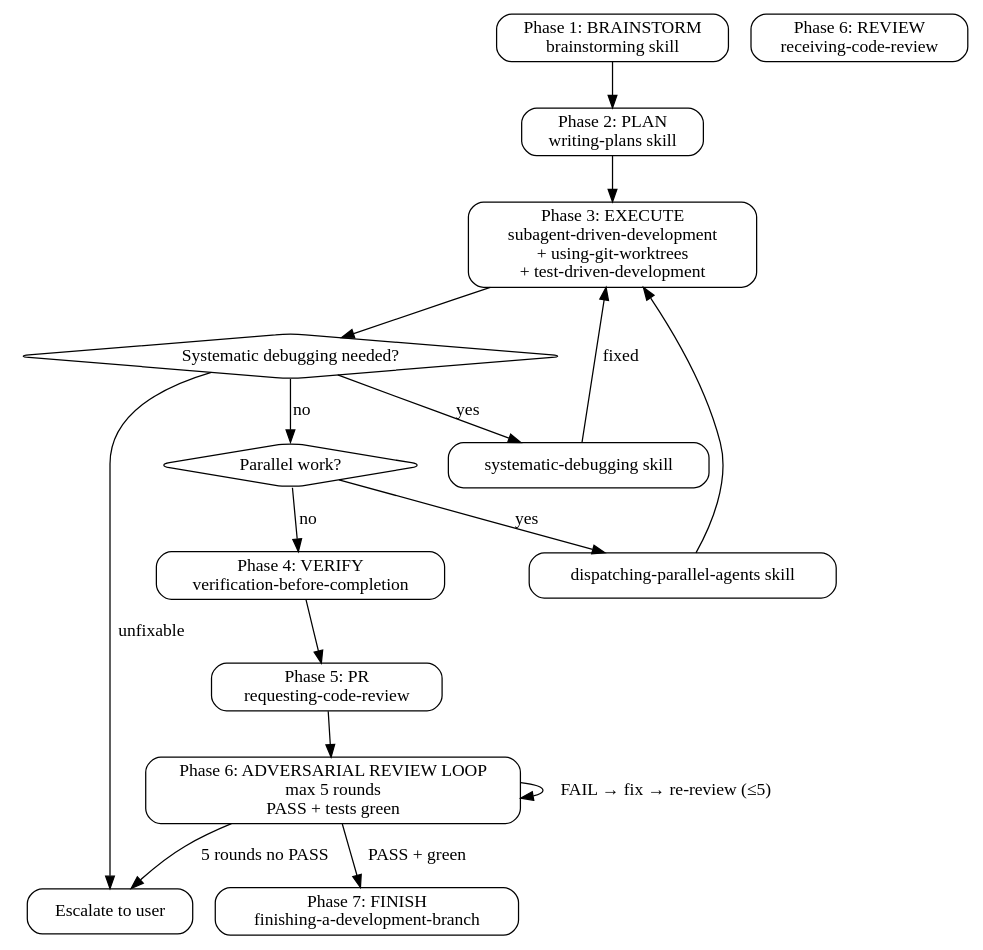
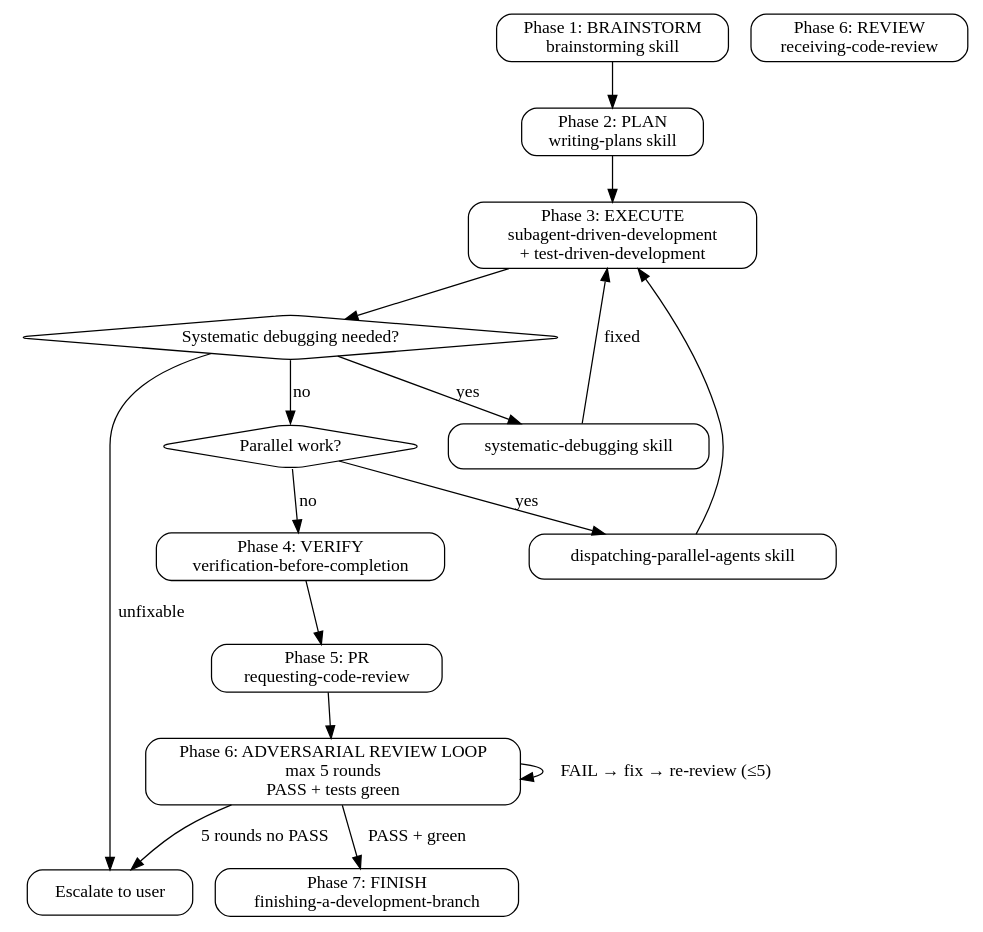
The diagram in opencode/skills/oneshot/SKILL.md (DennisLoska/more-dots), drawn with Graphviz before and after one commit. The commit also changed other lines of this file and 1 other file, not shown here.

Commit message:
backup: opencode 2026-09-27 20:22:19

````diff
--- a/opencode/skills/oneshot/SKILL.md
+++ b/opencode/skills/oneshot/SKILL.md
@@ -20,36 +20,36 @@
 ```dot
 digraph oneshot {
     rankdir=TB;
     node [shape=box, style=rounded];
 
     "Phase 1: BRAINSTORM\nbrainstorming skill" [fillcolor=lightblue];
     "Phase 2: PLAN\nwriting-plans skill" [fillcolor=lightblue];
-    "Phase 3: EXECUTE\nsubagent-driven-development\n+ using-git-worktrees\n+ test-driven-development" [fillcolor=lightgreen];
+    "Phase 3: EXECUTE\nsubagent-driven-development\n+ test-driven-development" [fillcolor=lightgreen];
     "Phase 4: VERIFY\nverification-before-completion" [fillcolor=lightyellow];
     "Phase 5: PR\nrequesting-code-review" [fillcolor=lightsalmon];
     "Phase 6: REVIEW\nreceiving-code-review" [fillcolor=lightsalmon];
     "Phase 7: FINISH\nfinishing-a-development-branch" [fillcolor=lightblue];
 
     "Systematic debugging needed?" [shape=diamond];
     "systematic-debugging skill" [fillcolor=orange];
     "Parallel work?" [shape=diamond];
     "dispatching-parallel-agents skill" [fillcolor=orange];
     "Escalate to user" [shape=box, fillcolor=red];
 
     "Phase 1: BRAINSTORM\nbrainstorming skill" -> "Phase 2: PLAN\nwriting-plans skill";
-    "Phase 2: PLAN\nwriting-plans skill" -> "Phase 3: EXECUTE\nsubagent-driven-development\n+ using-git-worktrees\n+ test-driven-development";
-    "Phase 3: EXECUTE\nsubagent-driven-development\n+ using-git-worktrees\n+ test-driven-development" -> "Systematic debugging needed?";
+    "Phase 2: PLAN\nwriting-plans skill" -> "Phase 3: EXECUTE\nsubagent-driven-development\n+ test-driven-development";
+    "Phase 3: EXECUTE\nsubagent-driven-development\n+ test-driven-development" -> "Systematic debugging needed?";
     "Systematic debugging needed?" -> "systematic-debugging skill" [label="yes"];
-    "systematic-debugging skill" -> "Phase 3: EXECUTE\nsubagent-driven-development\n+ using-git-worktrees\n+ test-driven-development" [label="fixed"];
+    "systematic-debugging skill" -> "Phase 3: EXECUTE\nsubagent-driven-development\n+ test-driven-development" [label="fixed"];
     "Systematic debugging needed?" -> "Parallel work?" [label="no"];
     "Parallel work?" -> "dispatching-parallel-agents skill" [label="yes"];
-    "dispatching-parallel-agents skill" -> "Phase 3: EXECUTE\nsubagent-driven-development\n+ using-git-worktrees\n+ test-driven-development";
+    "dispatching-parallel-agents skill" -> "Phase 3: EXECUTE\nsubagent-driven-development\n+ test-driven-development";
     "Parallel work?" -> "Phase 4: VERIFY\nverification-before-completion" [label="no"];
     "Phase 4: VERIFY\nverification-before-completion" -> "Phase 5: PR\nrequesting-code-review";
     "Phase 5: PR\nrequesting-code-review" -> "Phase 6: ADVERSARIAL REVIEW LOOP\nmax 5 rounds\nPASS + tests green";
     "Phase 6: ADVERSARIAL REVIEW LOOP\nmax 5 rounds\nPASS + tests green" -> "Phase 7: FINISH\nfinishing-a-development-branch" [label="PASS + green"];
     "Phase 6: ADVERSARIAL REVIEW LOOP\nmax 5 rounds\nPASS + tests green" -> "Phase 6: ADVERSARIAL REVIEW LOOP\nmax 5 rounds\nPASS + tests green" [label="FAIL → fix → re-review (≤5)"];
     "Phase 6: ADVERSARIAL REVIEW LOOP\nmax 5 rounds\nPASS + tests green" -> "Escalate to user" [label="5 rounds no PASS"];
     "Systematic debugging needed?" -> "Escalate to user" [label="unfixable"];
 }
 ```
````
